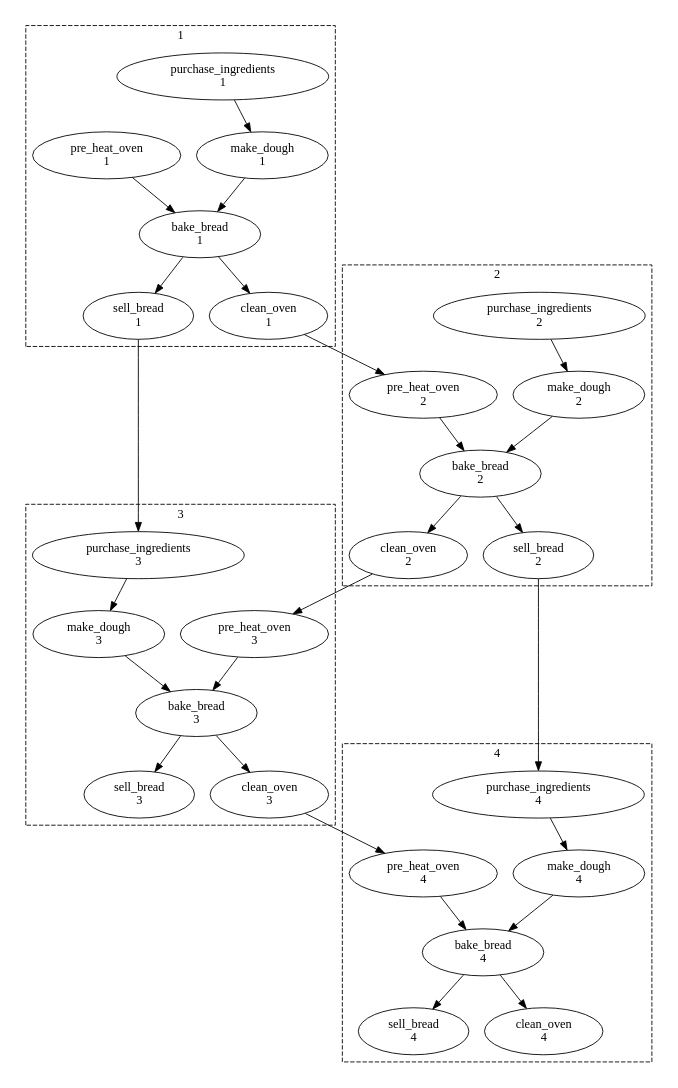
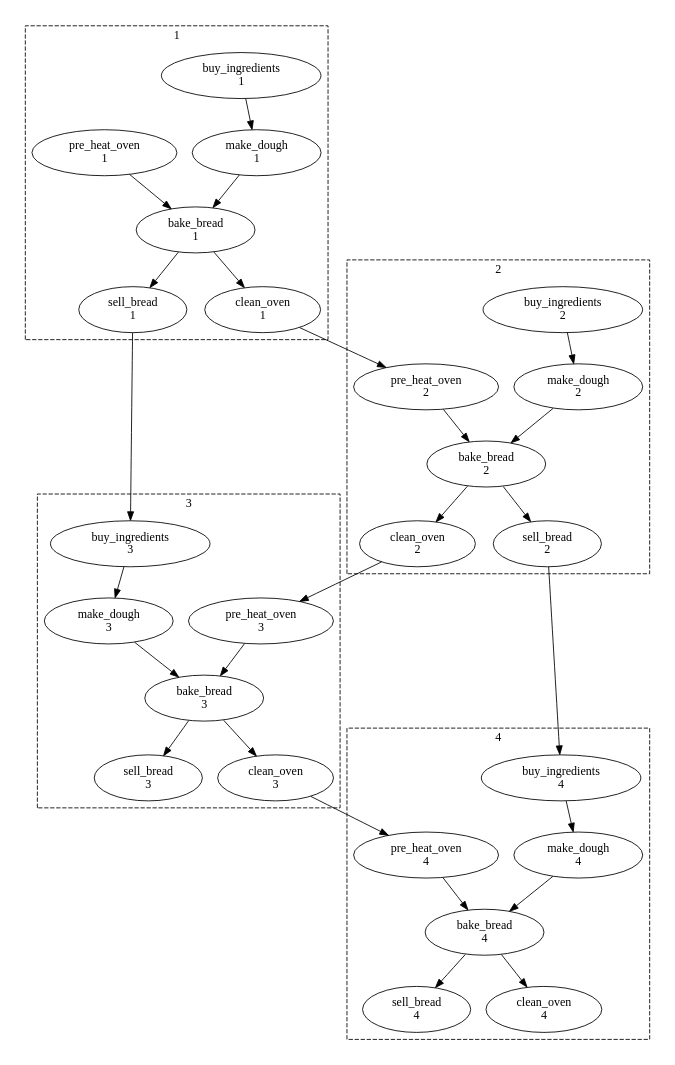
The third of 5 diagrams in src/tutorial/scheduling/integer-cycling.rst (cylc/cylc-doc), drawn with Graphviz before and after one commit. The commit also changed other lines of this file and 1 other file, not shown here.

```diff
--- a/src/tutorial/scheduling/integer-cycling.rst
+++ b/src/tutorial/scheduling/integer-cycling.rst
@@ -277,62 +277,62 @@
 .. digraph:: example
    :align: center
 
    size = "4.5,15"
 
    subgraph cluster_1 {
        label = 1
        style = dashed
-       "pur.1" [label="purchase_ingredients\n1"]
+       "pur.1" [label="buy_ingredients\n1"]
        "mak.1" [label="make_dough\n1"]
        "bak.1" [label="bake_bread\n1"]
        "sel.1" [label="sell_bread\n1"]
        "cle.1" [label="clean_oven\n1"]
        "pre.1" [label="pre_heat_oven\n1"]
    }
 
    subgraph cluster_2 {
        label = 2
        style = dashed
-       "pur.2" [label="purchase_ingredients\n2"]
+       "pur.2" [label="buy_ingredients\n2"]
        "mak.2" [label="make_dough\n2"]
        "bak.2" [label="bake_bread\n2"]
        "sel.2" [label="sell_bread\n2"]
        "cle.2" [label="clean_oven\n2"]
        "pre.2" [label="pre_heat_oven\n2"]
    }
 
    subgraph cluster_3 {
        label = 3
        style = dashed
-       "pur.3" [label="purchase_ingredients\n3"]
+       "pur.3" [label="buy_ingredients\n3"]
        "mak.3" [label="make_dough\n3"]
        "bak.3" [label="bake_bread\n3"]
        "sel.3" [label="sell_bread\n3"]
        "cle.3" [label="clean_oven\n3"]
        "pre.3" [label="pre_heat_oven\n3"]
    }
 
    subgraph cluster_4 {
        label = 4
        style = dashed
-       "pur.4" [label="purchase_ingredients\n4"]
+       "pur.4" [label="buy_ingredients\n4"]
        "mak.4" [label="make_dough\n4"]
        "bak.4" [label="bake_bread\n4"]
        "sel.4" [label="sell_bread\n4"]
        "cle.4" [label="clean_oven\n4"]
        "pre.4" [label="pre_heat_oven\n4"]
    }
 
    "pur.1" -> "mak.1" -> "bak.1" -> "sel.1"
    "pre.1" -> "bak.1" -> "cle.1"
    "cle.1" -> "pre.2"
    "sel.1" -> "pur.3"
    "pur.2" -> "mak.2" -> "bak.2" -> "sel.2"
    "pre.2" -> "bak.2" -> "cle.2"
    "cle.2" -> "pre.3"
    "sel.2" -> "pur.4"
    "pur.3" -> "mak.3" -> "bak.3" -> "sel.3"
    "pre.3" -> "bak.3" -> "cle.3"
    "cle.3" -> "pre.4"
    "pur.4" -> "mak.4" -> "bak.4" -> "sel.4"
    "pre.4" -> "bak.4" -> "cle.4"
```
